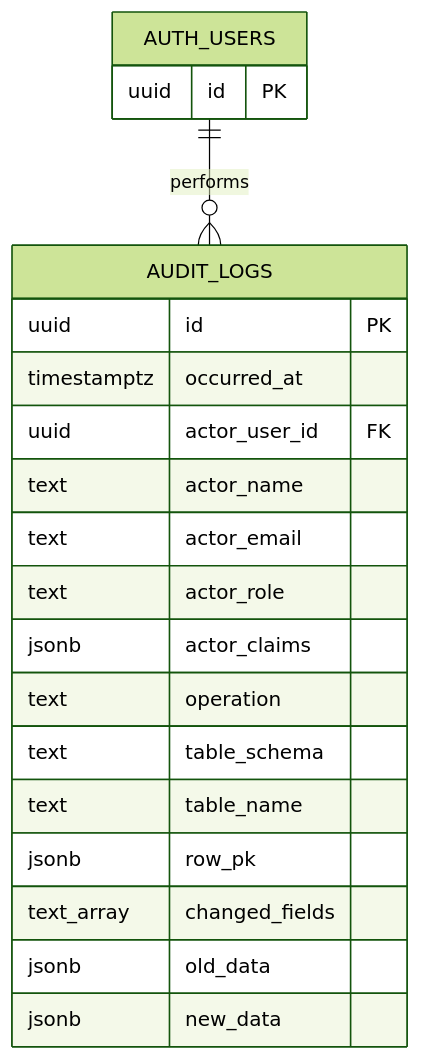
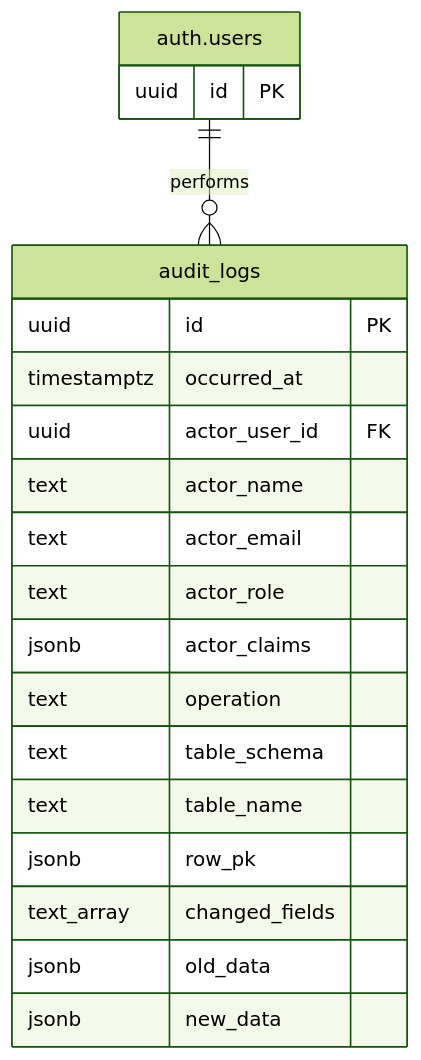
Before and after one commit to txiaoqt/lydo-connect-org-focused: the ninth of 9 diagrams in Methodology/3.2.4-Database-Schema.md, drawn with Mermaid (forest theme). The commit also changed other lines of this file, not shown here.

````diff
--- a/Methodology/3.2.4-Database-Schema.md
+++ b/Methodology/3.2.4-Database-Schema.md
@@ -715,25 +715,25 @@
 ```mermaid
 erDiagram
-    AUTH_USERS ||--o{ AUDIT_LOGS : performs
+    auth.users ||--o{ audit_logs : performs
 
-    AUTH_USERS {
+    auth.users {
       uuid id PK
     }
 
-    AUDIT_LOGS {
+    audit_logs {
       uuid id PK
       timestamptz occurred_at
       uuid actor_user_id FK
       text actor_name
       text actor_email
       text actor_role
       jsonb actor_claims
       text operation
       text table_schema
       text table_name
       jsonb row_pk
       text_array changed_fields
       jsonb old_data
       jsonb new_data
     }
 ```
````
